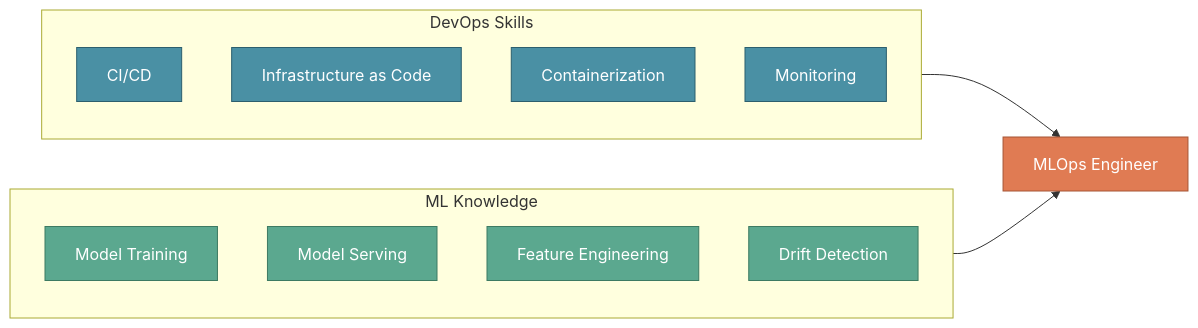
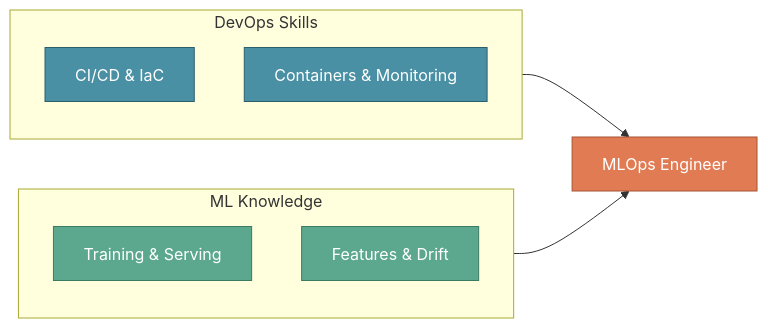
The first of 2 diagrams in docs/mlops/mlops-fundamentals/3-mlops-engineer-role.md (vinaykagithapu/vinay.github.io), drawn with Mermaid before and after one commit. The commit also changed other lines of this file, not shown here.

````diff
--- a/docs/mlops/mlops-fundamentals/3-mlops-engineer-role.md
+++ b/docs/mlops/mlops-fundamentals/3-mlops-engineer-role.md
@@ -35,31 +31,23 @@
 ```mermaid
 flowchart LR
     subgraph devops[DevOps Skills]
-        D1[CI/CD]
-        D2[Infrastructure as Code]
-        D3[Containerization]
-        D4[Monitoring]
+        D1[CI/CD & IaC]
+        D2[Containers & Monitoring]
     end
     
     subgraph ml[ML Knowledge]
-        M1[Model Training]
-        M2[Model Serving]
-        M3[Feature Engineering]
-        M4[Drift Detection]
+        M1[Training & Serving]
+        M2[Features & Drift]
     end
     
     MLOps[MLOps Engineer]
     
     devops --> MLOps
     ml --> MLOps
     
     style MLOps fill:#E07B53,stroke:#A65535,color:#fff
     style D1 fill:#4A90A4,stroke:#2C5F6E,color:#fff
     style D2 fill:#4A90A4,stroke:#2C5F6E,color:#fff
-    style D3 fill:#4A90A4,stroke:#2C5F6E,color:#fff
-    style D4 fill:#4A90A4,stroke:#2C5F6E,color:#fff
     style M1 fill:#5BA88F,stroke:#3D7A62,color:#fff
     style M2 fill:#5BA88F,stroke:#3D7A62,color:#fff
-    style M3 fill:#5BA88F,stroke:#3D7A62,color:#fff
-    style M4 fill:#5BA88F,stroke:#3D7A62,color:#fff
 ```
````
